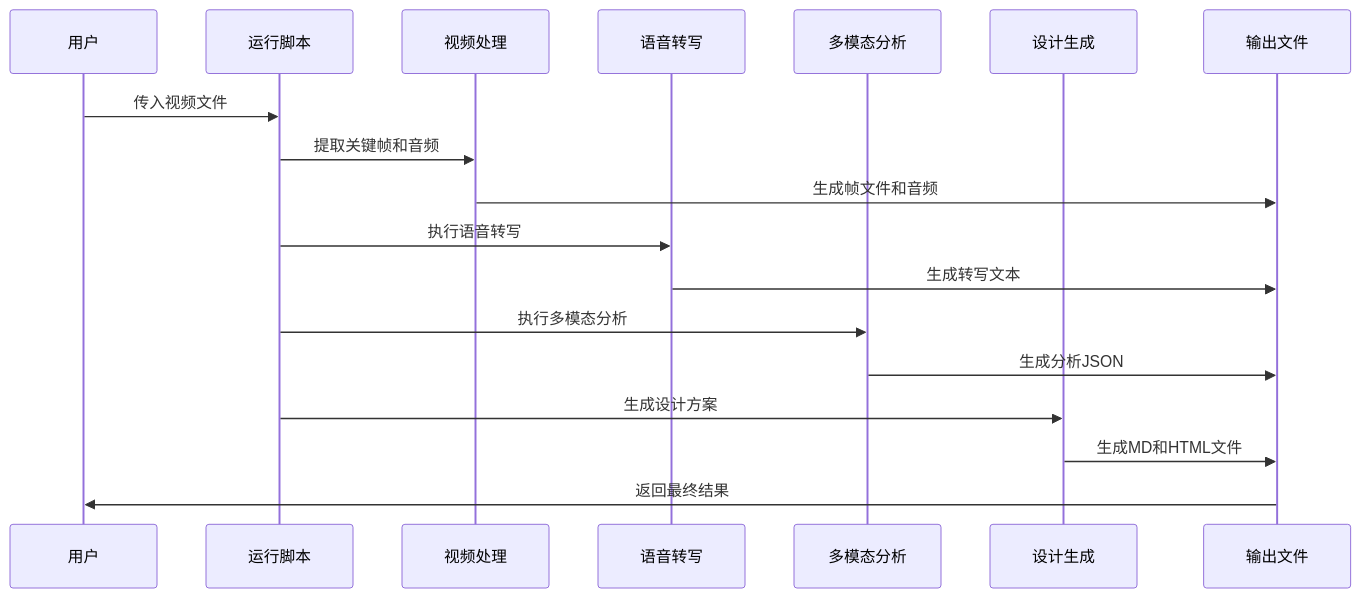
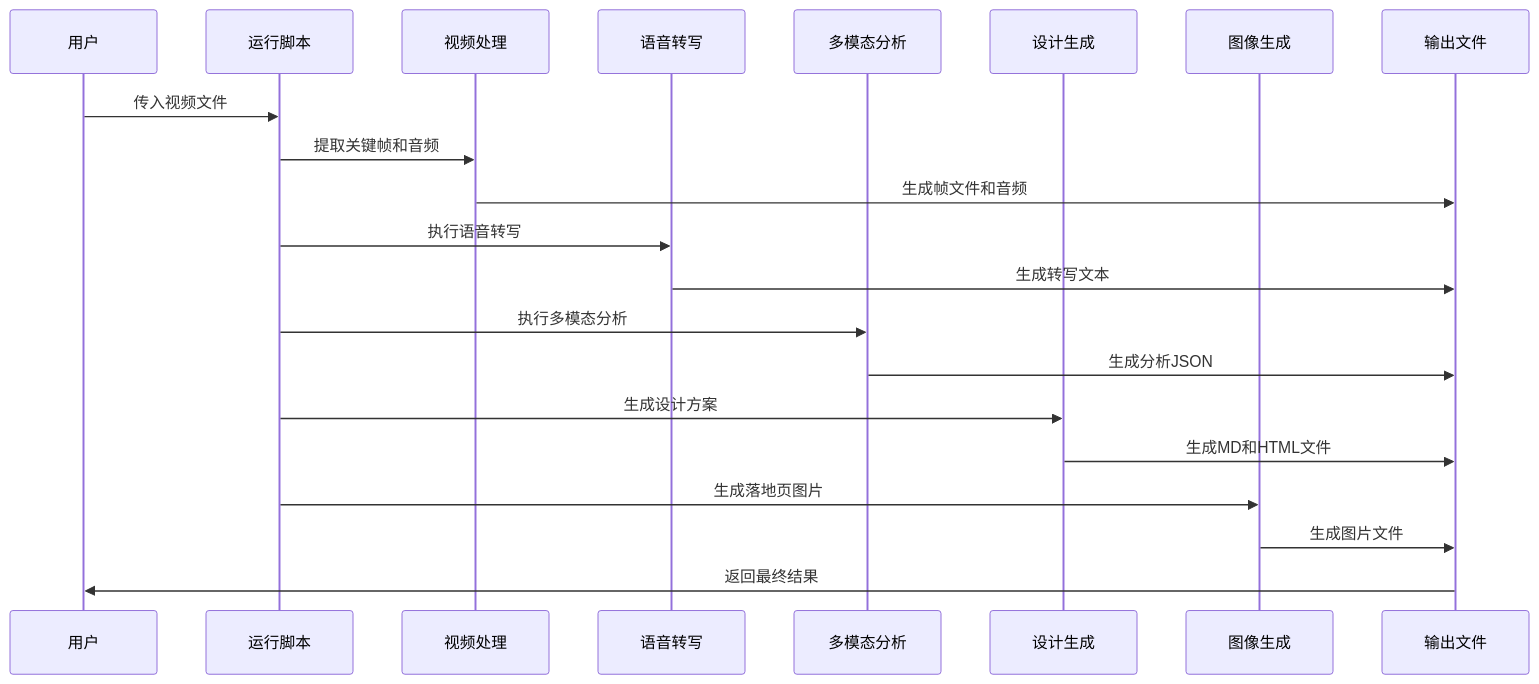
One commit to WongMingJiu/landingpage-test-hero-page changed the second of 8 diagrams in .qoder/repowiki/zh/content/开发者指南.md. Above: the diagram before and after it, drawn with Mermaid. The commit also changed other lines of this file and 6 other files, not shown here.

First line of the commit message:
feat: 品牌logo固定素材 + 双参考图生图 + 输出平铺结构

````diff
--- a/.qoder/repowiki/zh/content/开发者指南.md
+++ b/.qoder/repowiki/zh/content/开发者指南.md
@@ -108,20 +132,23 @@
 ```mermaid
 sequenceDiagram
 participant User as 用户
 participant Runner as 运行脚本
 participant VideoProc as 视频处理
 participant Transcriber as 语音转写
 participant Analyzer as 多模态分析
 participant Generator as 设计生成
+participant ImageGen as 图像生成
 participant Output as 输出文件
 User->>Runner : 传入视频文件
 Runner->>VideoProc : 提取关键帧和音频
 VideoProc->>Output : 生成帧文件和音频
 Runner->>Transcriber : 执行语音转写
 Transcriber->>Output : 生成转写文本
 Runner->>Analyzer : 执行多模态分析
 Analyzer->>Output : 生成分析JSON
 Runner->>Generator : 生成设计方案
 Generator->>Output : 生成MD和HTML文件
+Runner->>ImageGen : 生成落地页图片
+ImageGen->>Output : 生成图片文件
 Output->>User : 返回最终结果
 ```
````
